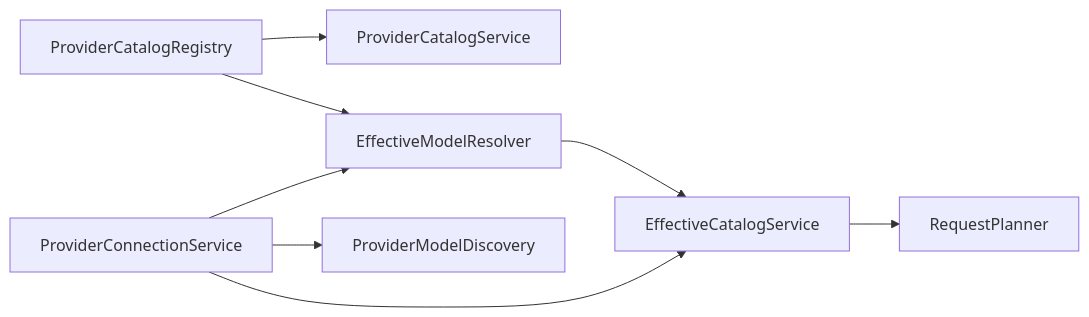
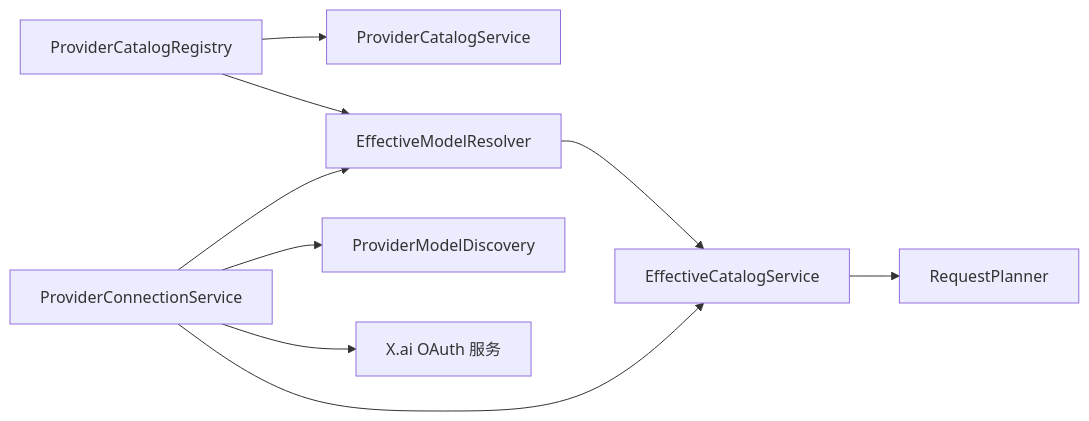
The seventh of 7 diagrams in .qoder/repowiki/zh/content/核心模块/Provider 系统/Provider 系统.md (haolange/RDC-Agent), drawn with Mermaid before and after one commit. The commit also changed other lines of this file and 12 other files, not shown here.

````diff
--- a/.qoder/repowiki/zh/content/核心模块/Provider 系统/Provider 系统.md
+++ b/.qoder/repowiki/zh/content/核心模块/Provider 系统/Provider 系统.md
@@ -266,10 +295,11 @@
 ```mermaid
 graph LR
 PCR["ProviderCatalogRegistry"] --> PCSvc["ProviderCatalogService"]
 PCR --> EMR["EffectiveModelResolver"]
 EMR --> ECSvc["EffectiveCatalogService"]
 ECSvc --> RP["RequestPlanner"]
 PCS["ProviderConnectionService"] --> PMS["ProviderModelDiscovery"]
 PCS --> ECSvc
 PCS --> EMR
+PCS --> OAUTH["X.ai OAuth 服务"]
 ```
````
